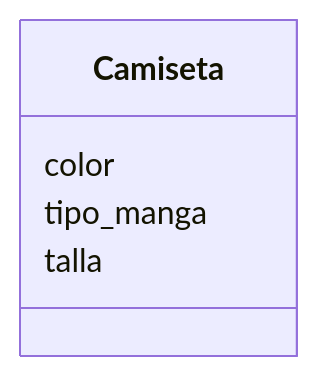
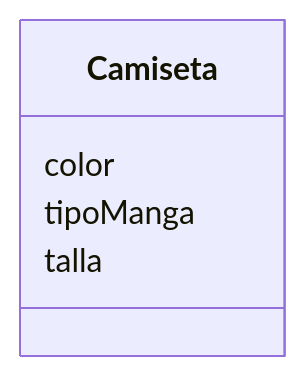
The first of 2 diagrams in retos_sesion_01/ejercicio_02.md (PatoAparicio/psg-oop-2025), drawn with Mermaid before and after one commit. The commit also changed other lines of this file and 2 other files, not shown here.

````diff
--- a/retos_sesion_01/ejercicio_02.md
+++ b/retos_sesion_01/ejercicio_02.md
@@ -54,8 +53,8 @@
 ```mermaid
 classDiagram
 class Camiseta {
     color
-    tipo_manga
+    tipoManga
     talla
     }
 ```
````
